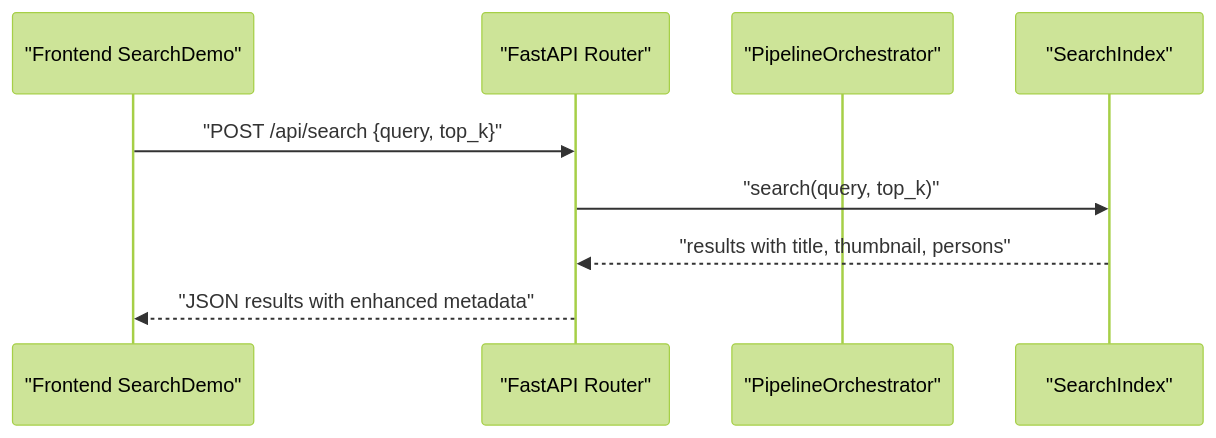
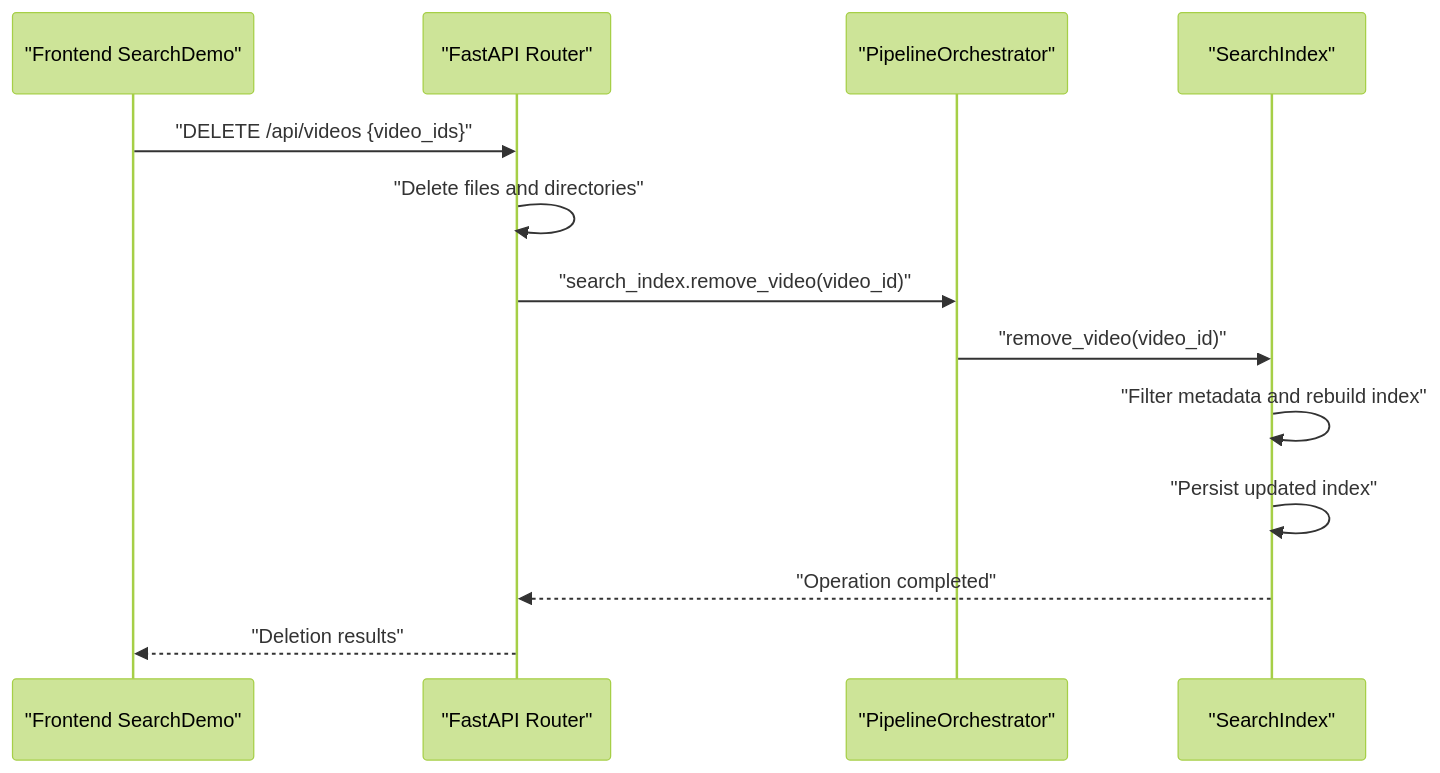
One commit to alexandreybasta-cyber/dubai-media-ai changed the ninth of 10 diagrams in .qoder/repowiki/en/content/Media Processing Pipeline/Search Index Stage.md. Above: the diagram before and after it, drawn with Mermaid (forest theme). The commit also changed other lines of this file and 43 other files, not shown here.

````diff
--- a/.qoder/repowiki/en/content/Media Processing Pipeline/Search Index Stage.md
+++ b/.qoder/repowiki/en/content/Media Processing Pipeline/Search Index Stage.md
@@ -386,11 +451,15 @@
 ```mermaid
 sequenceDiagram
 participant FE as "Frontend SearchDemo"
 participant API as "FastAPI Router"
 participant ORCH as "PipelineOrchestrator"
 participant SI as "SearchIndex"
-FE->>API : "POST /api/search {query, top_k}"
-API->>SI : "search(query, top_k)"
-SI-->>API : "results with title, thumbnail, persons"
-API-->>FE : "JSON results with enhanced metadata"
+FE->>API : "DELETE /api/videos {video_ids}"
+API->>API : "Delete files and directories"
+API->>ORCH : "search_index.remove_video(video_id)"
+ORCH->>SI : "remove_video(video_id)"
+SI->>SI : "Filter metadata and rebuild index"
+SI->>SI : "Persist updated index"
+SI-->>API : "Operation completed"
+API-->>FE : "Deletion results"
 ```
````
